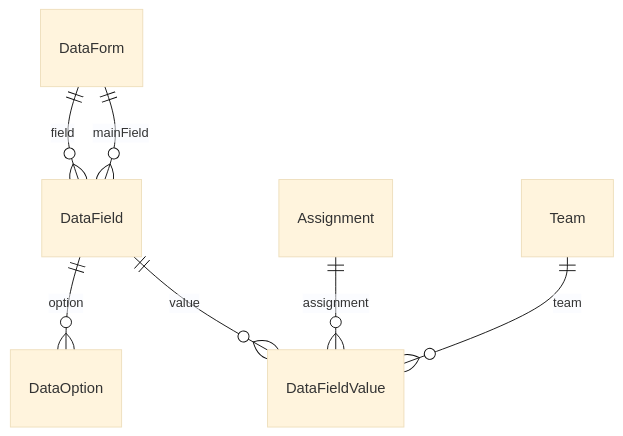
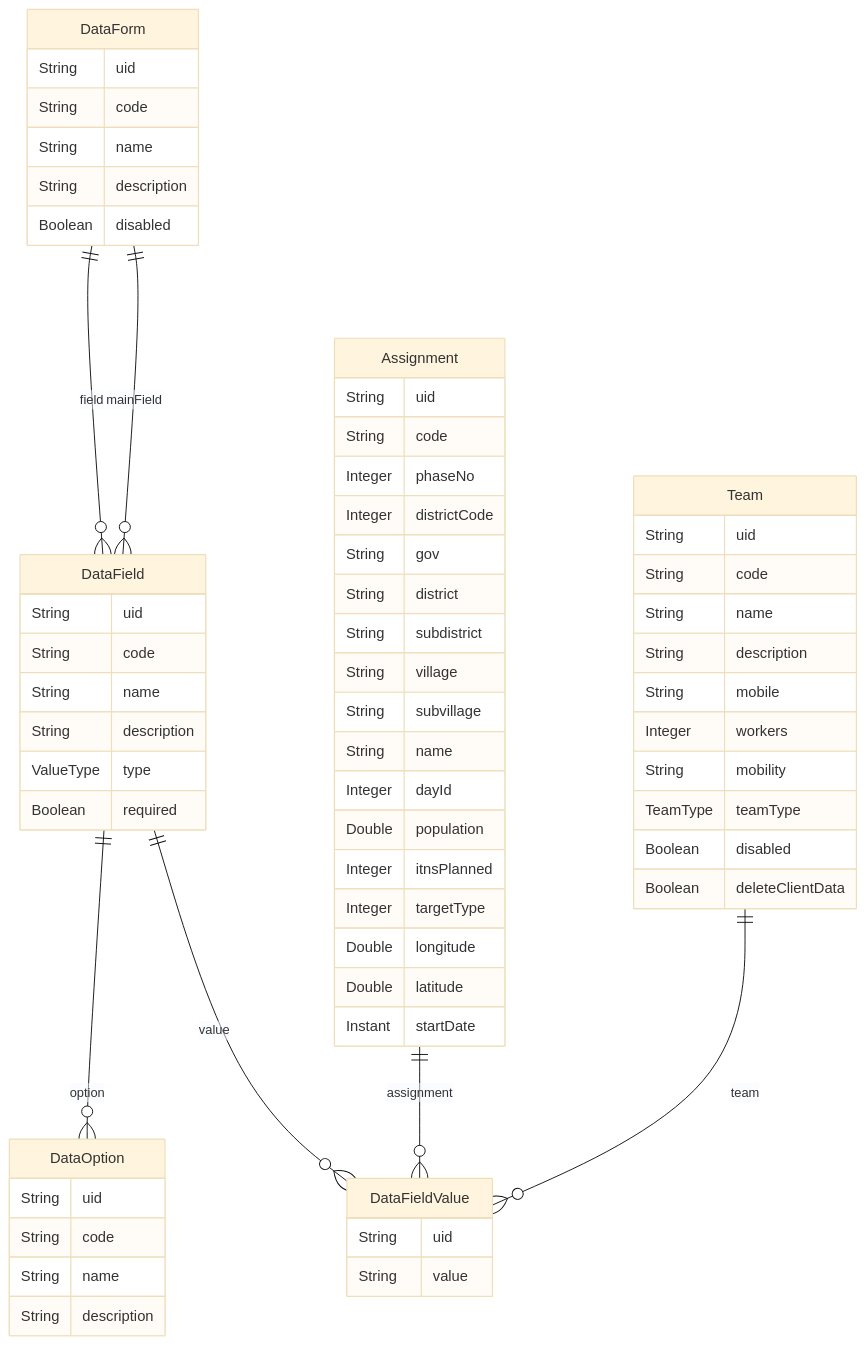
Before and after one commit to MassPro-NMCPYE/data-run-docs: the fourth of 5 diagrams in docs/index.md, drawn with Mermaid (base theme). The commit also changed other lines of this file and 1 other file, not shown here.

````diff
--- a/docs/index.md
+++ b/docs/index.md
@@ -109,9 +361,71 @@
 ```mermaid
 erDiagram
   DataForm ||--o{ DataField : "field"
   DataForm ||--o{ DataField : "mainField"
   DataField ||--o{ DataOption : "option"
   DataField ||--o{ DataFieldValue : "value"
   Assignment ||--o{ DataFieldValue : "assignment"
   Team ||--o{ DataFieldValue : "team"
+
+  Assignment {
+      String uid
+      String code
+      Integer phaseNo
+      Integer districtCode
+      String gov
+      String district
+      String subdistrict
+      String village
+      String subvillage
+      String name
+      Integer dayId
+      Double population
+      Integer itnsPlanned
+      Integer targetType
+      Double longitude
+      Double latitude
+      Instant startDate
+  }
+
+  Team {
+      String uid
+      String code
+      String name
+      String description
+      String mobile
+      Integer workers
+      String mobility
+      TeamType teamType
+      Boolean disabled
+      Boolean deleteClientData
+  }
+
+  DataForm {
+      String uid
+      String code
+      String name
+      String description
+      Boolean disabled
+  }
+
+  DataField {
+      String uid
+      String code
+      String name
+      String description
+      ValueType type
+      Boolean required
+  }
+
+  DataOption {
+      String uid
+      String code
+      String name
+      String description
+  }
+
+  DataFieldValue {
+      String uid
+      String value
+  }
 ```
````
